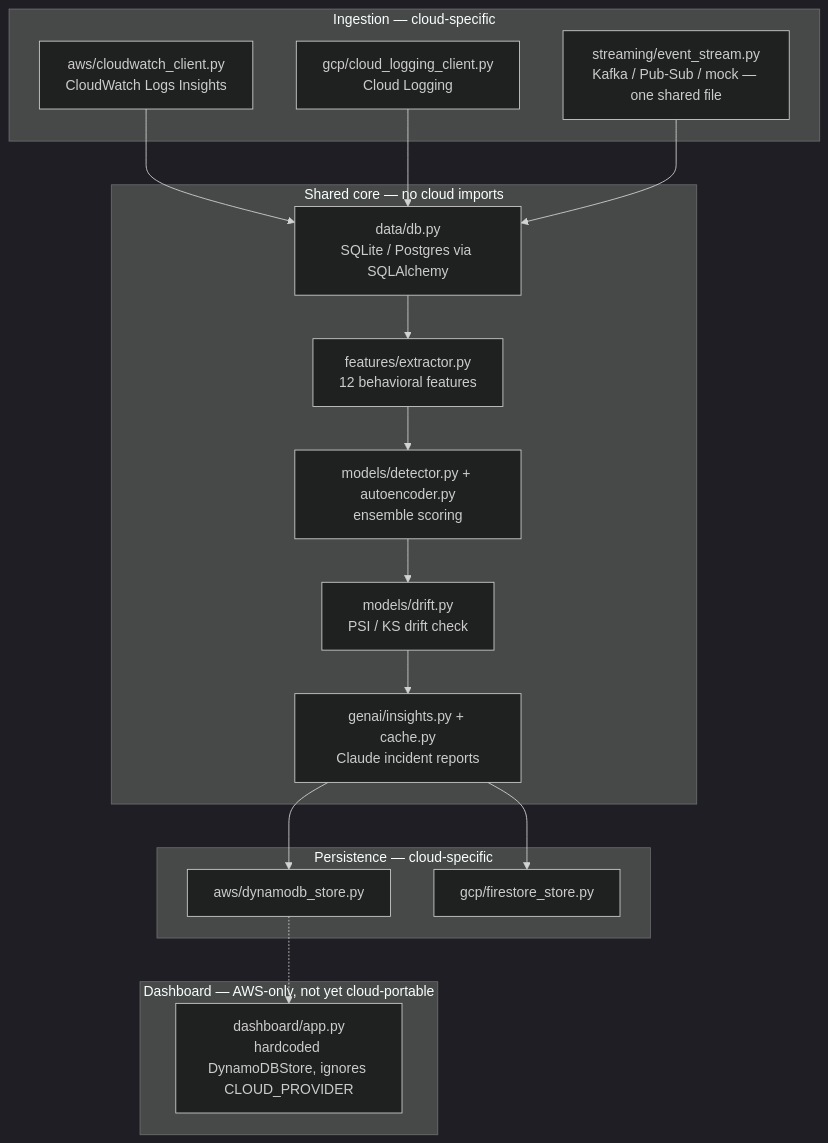
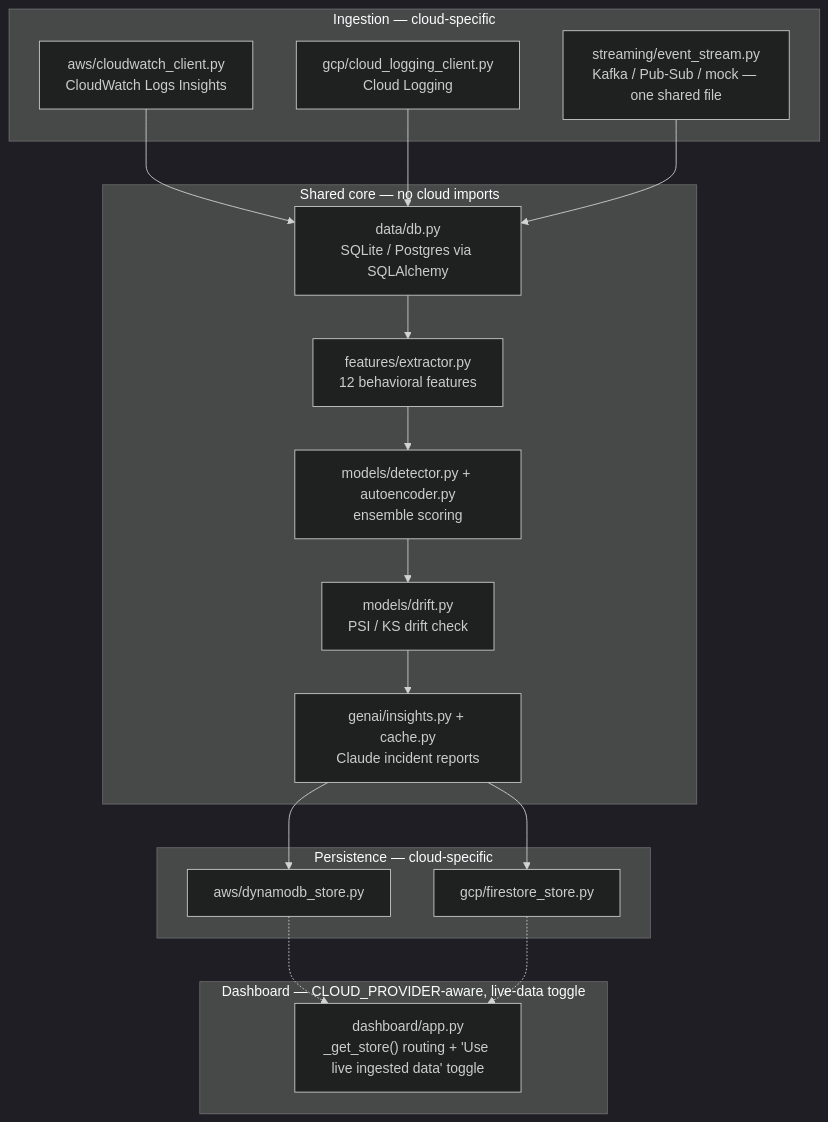
The diagram in README.md (DChinthan/iam-anomaly-detector), drawn with Mermaid (dark theme) before and after one commit. The commit also changed other lines of this file and 35 other files, not shown here.

````diff
--- a/README.md
+++ b/README.md
@@ -34,33 +34,34 @@
 ```mermaid
 flowchart TD
     subgraph ing["Ingestion — cloud-specific"]
         awsin["aws/cloudwatch_client.py<br/>CloudWatch Logs Insights"]
         gcpin["gcp/cloud_logging_client.py<br/>Cloud Logging"]
         strm["streaming/event_stream.py<br/>Kafka / Pub-Sub / mock — one shared file"]
     end
 
     subgraph core["Shared core — no cloud imports"]
         db["data/db.py<br/>SQLite / Postgres via SQLAlchemy"]
         feat["features/extractor.py<br/>12 behavioral features"]
         ens["models/detector.py + autoencoder.py<br/>ensemble scoring"]
         drift["models/drift.py<br/>PSI / KS drift check"]
         genai["genai/insights.py + cache.py<br/>Claude incident reports"]
     end
 
     subgraph store["Persistence — cloud-specific"]
         ddb["aws/dynamodb_store.py"]
         fs["gcp/firestore_store.py"]
     end
 
-    subgraph ui["Dashboard — AWS-only, not yet cloud-portable"]
-        dash["dashboard/app.py<br/>hardcoded DynamoDBStore, ignores CLOUD_PROVIDER"]
+    subgraph ui["Dashboard — CLOUD_PROVIDER-aware, live-data toggle"]
+        dash["dashboard/app.py<br/>_get_store() routing + 'Use live ingested data' toggle"]
     end
 
     awsin --> db
     gcpin --> db
     strm --> db
     db --> feat --> ens --> drift --> genai
     genai --> ddb
     genai --> fs
     ddb -.-> dash
+    fs -.-> dash
 ```
````
